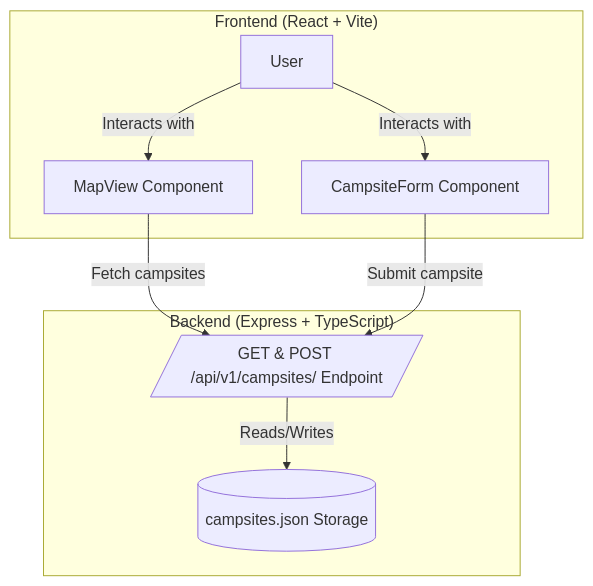
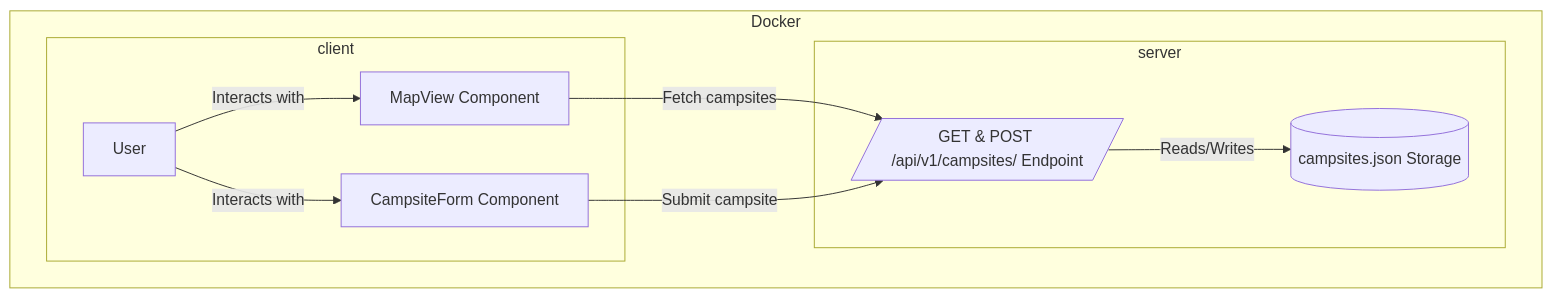
Before and after one commit to baileydunning/campsights: the diagram in README.md, drawn with Mermaid. The commit also changed other lines of this file and 12 other files, not shown here.

````diff
--- a/README.md
+++ b/README.md
@@ -33,19 +13,21 @@
 ```mermaid
 flowchart TD
-  subgraph Client ["Frontend (React + Vite)"]
-    A[User]
-    B[MapView Component]
-    C[CampsiteForm Component]
-  end
+  subgraph Docker
+    subgraph Client_Container [client]
+      A[User]
+      B[MapView Component]
+      C[CampsiteForm Component]
+    end
 
-  subgraph Server ["Backend (Express + TypeScript)"]
-    D[/GET & POST /api/v1/campsites/ Endpoint/]
-    E[(campsites.json Storage)]
+    subgraph Server_Container [server]
+      D[/GET & POST /api/v1/campsites/ Endpoint/]
+      E[(campsites.json Storage)]
+    end
   end
 
   A -->|Interacts with| B
   A -->|Interacts with| C
   B -->|Fetch campsites| D
   C -->|Submit campsite| D
   D -->|Reads/Writes| E
 ```
````
